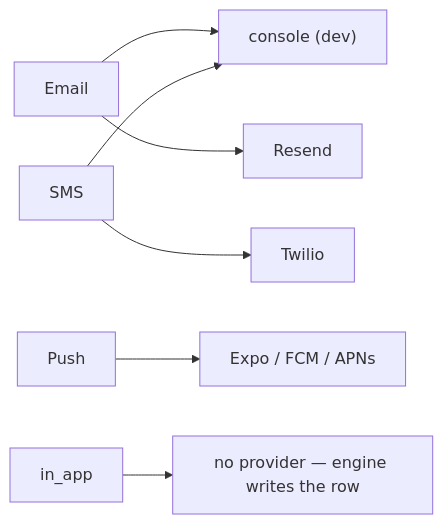
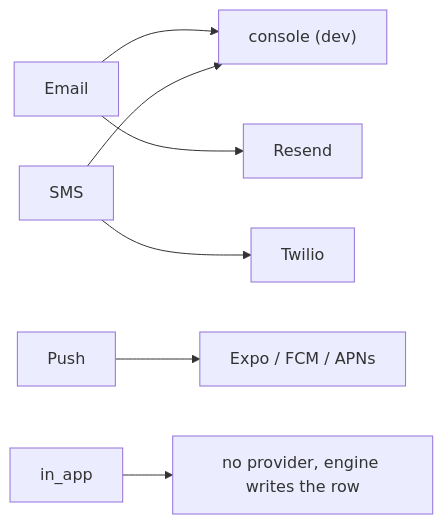
One commit to helipod-sh/helipod changed the first of 3 diagrams in docs_new/content/docs/contributing/extending/providers.mdx. Above: the diagram before and after it, drawn with Mermaid. The commit also changed other lines of this file and 49 other files, not shown here.

````diff
--- a/docs_new/content/docs/contributing/extending/providers.mdx
+++ b/docs_new/content/docs/contributing/extending/providers.mdx
@@ -36,9 +36,9 @@
 ```mermaid
 flowchart LR
     Email --> Console["console (dev)"]
     Email --> Resend
     SMS --> Console
     SMS --> Twilio
     Push --> PushVendors["Expo / FCM / APNs"]
-    InApp["in_app"] --> Row["no provider — engine writes the row"]
+    InApp["in_app"] --> Row["no provider, engine writes the row"]
 ```
````
